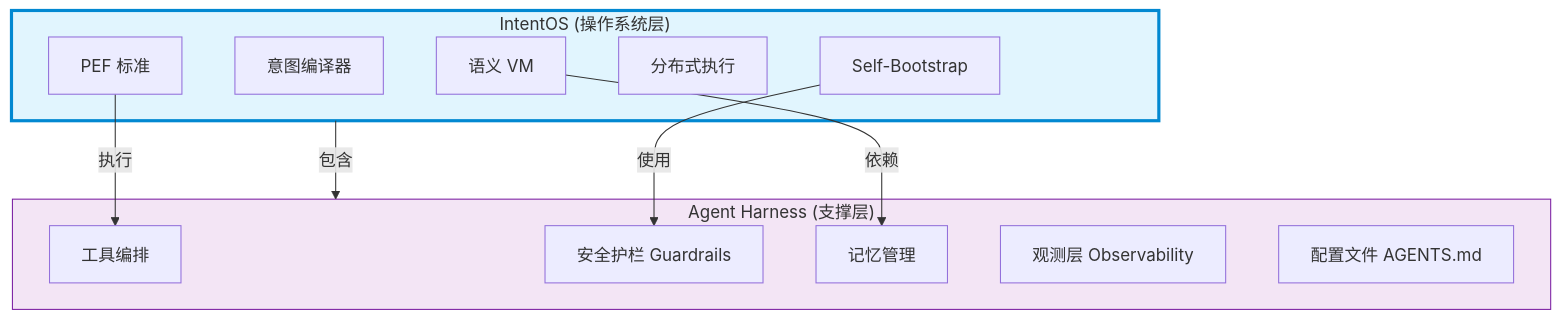
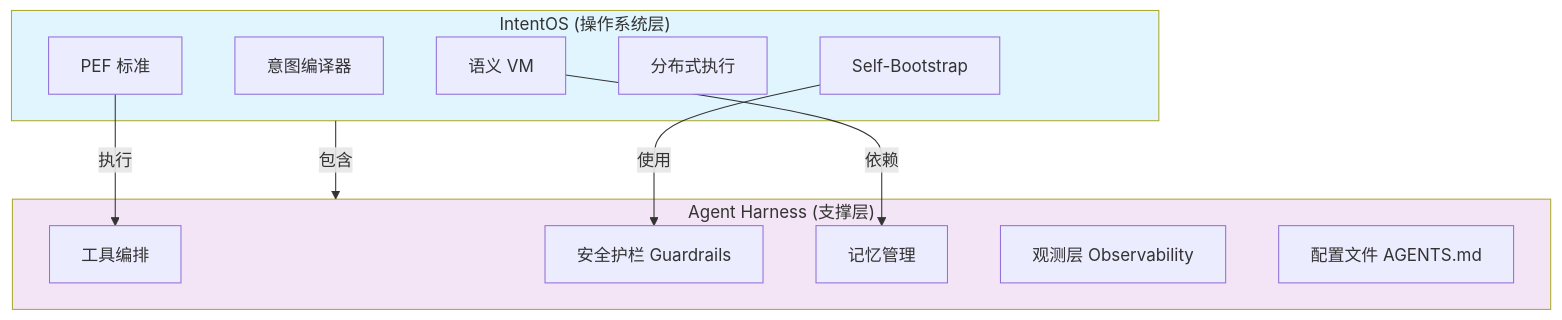
Diagram 15 of 16 in papers/Architecture_Diagrams.md (jeffery9/intentOS), drawn with Mermaid before and after one commit. The commit also changed other lines of this file, not shown here.

First line of the commit message:
docs: 修复 Mermaid 图表语法错误

````diff
--- a/papers/Architecture_Diagrams.md
+++ b/papers/Architecture_Diagrams.md
@@ -528,26 +528,26 @@
 ```mermaid
 flowchart TB
     subgraph IntentOS["IntentOS (操作系统层)"]
         IO1[语义 VM]
         IO2[意图编译器]
         IO3[Self-Bootstrap]
         IO4[分布式执行]
         IO5[PEF 标准]
     end
     
     subgraph Harness["Agent Harness (支撑层)"]
         H1[工具编排]
         H2[安全护栏 Guardrails]
         H3[记忆管理]
         H4[观测层 Observability]
         H5[配置文件 AGENTS.md]
     end
     
     IntentOS -->|包含 | Harness
     IO5 -->|执行 | H1
     IO3 -->|使用 | H2
     IO1 -->|依赖 | H3
     
-    style IntentOS fill:#e1f5fe,stroke:#0288d1,stroke-width:3px
-    style Harness fill:#f3e5f5,stroke:#7b1fa2
+    style IntentOS fill:#e1f5fe
+    style Harness fill:#f3e5f5
 ```
````
